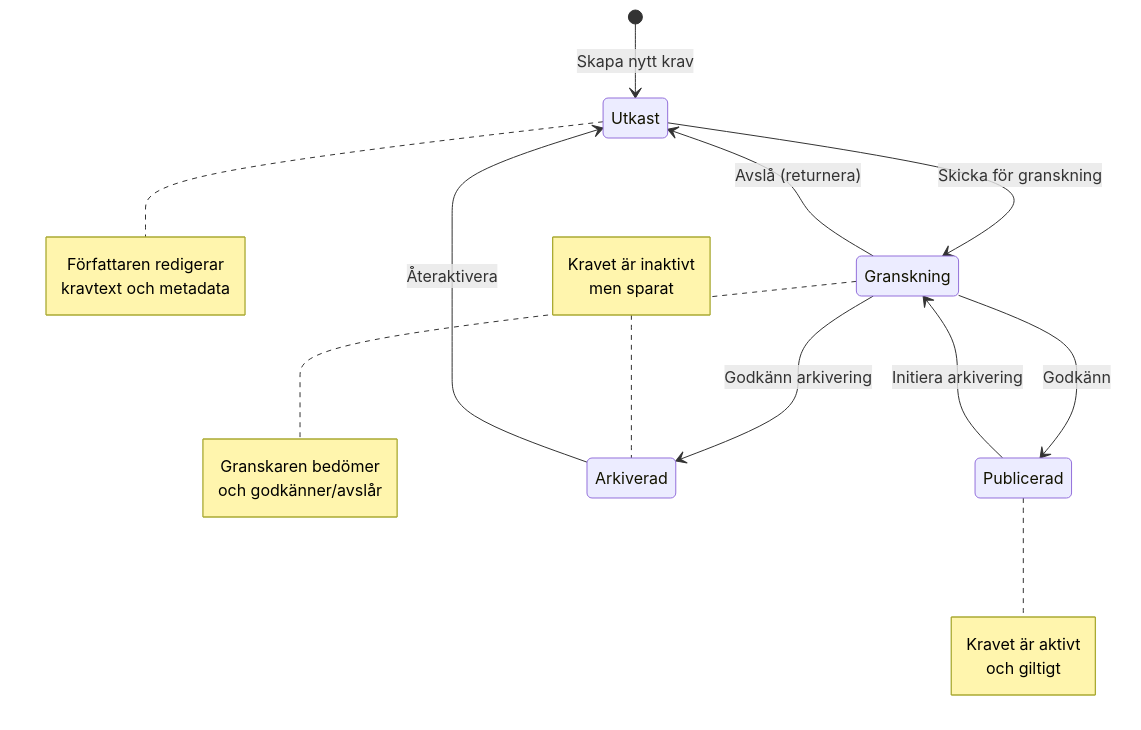
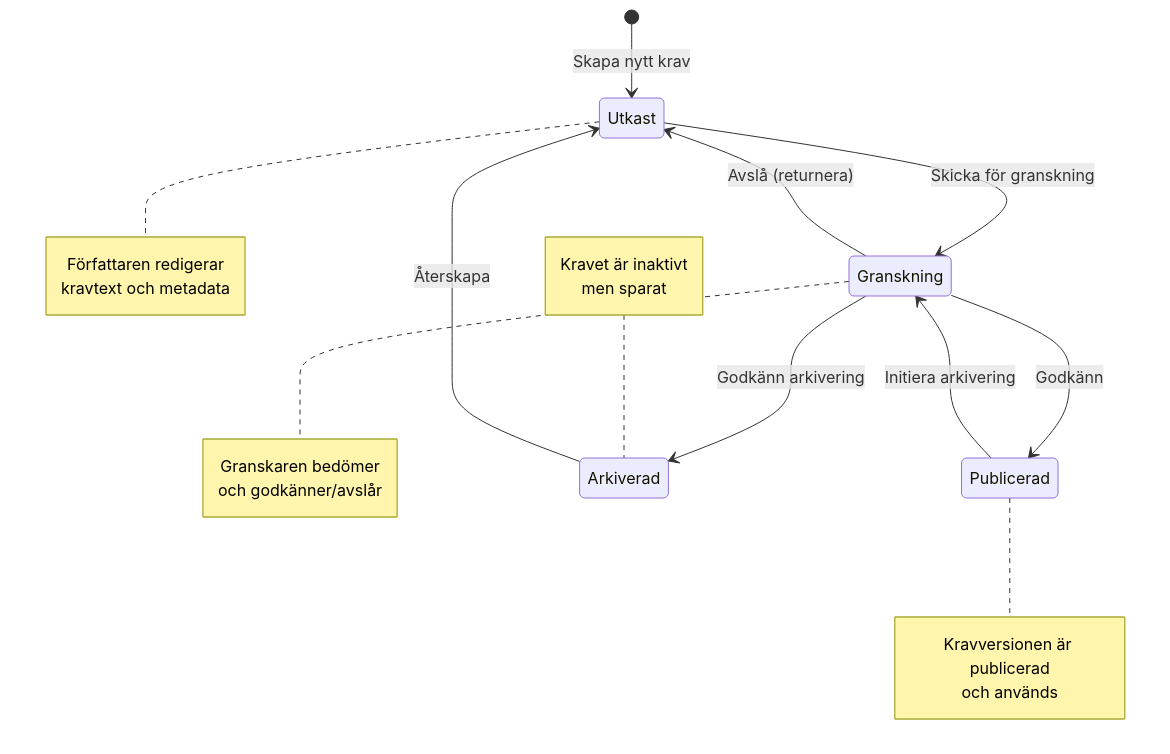
One commit to viscalyx/Kravhantering changed the second of 6 diagrams in docs/arkitekturbeskrivning-kravhantering.md. Above: the diagram before and after it, drawn with Mermaid. The commit also changed other lines of this file and 109 other files, not shown here.

````diff
--- a/docs/arkitekturbeskrivning-kravhantering.md
+++ b/docs/arkitekturbeskrivning-kravhantering.md
@@ -233,30 +233,30 @@
 ```mermaid
 stateDiagram-v2
     [*] --> Utkast : Skapa nytt krav
     Utkast --> Granskning : Skicka för granskning
     Granskning --> Publicerad : Godkänn
     Granskning --> Utkast : Avslå (returnera)
     Publicerad --> Granskning : Initiera arkivering
     Granskning --> Arkiverad : Godkänn arkivering
-    Arkiverad --> Utkast : Återaktivera
+    Arkiverad --> Utkast : Återskapa
 
     note right of Utkast
         Författaren redigerar
         kravtext och metadata
     end note
 
     note right of Granskning
         Granskaren bedömer
         och godkänner/avslår
     end note
 
     note right of Publicerad
-        Kravet är aktivt
-        och giltigt
+        Kravversionen är publicerad
+        och används
     end note
 
     note left of Arkiverad
         Kravet är inaktivt
         men sparat
     end note
 ```
````
